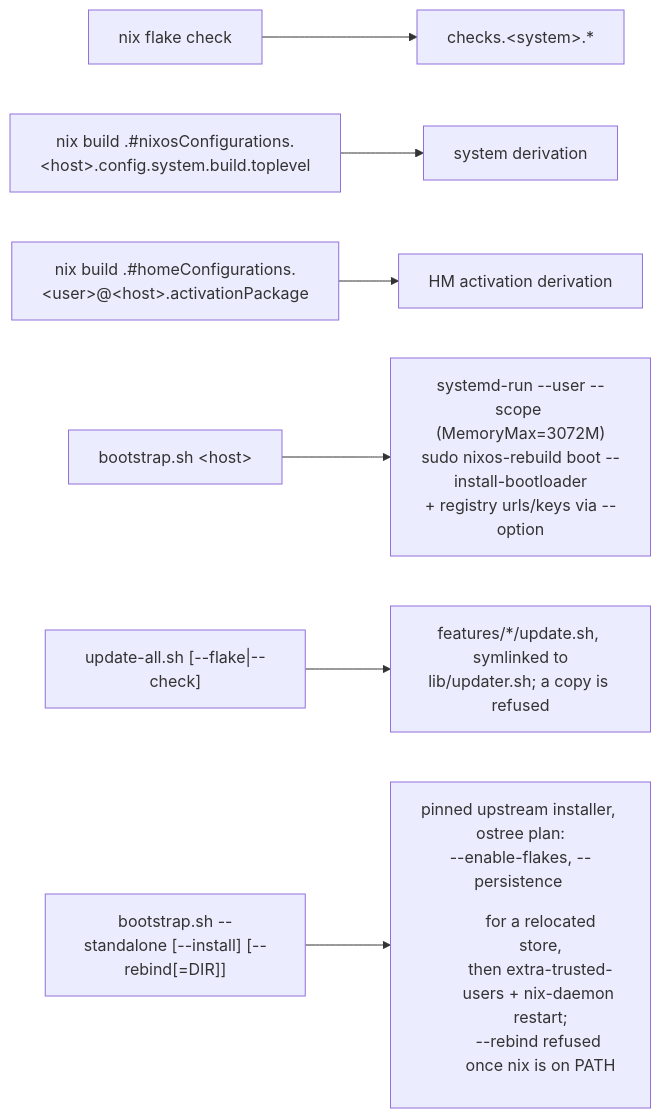
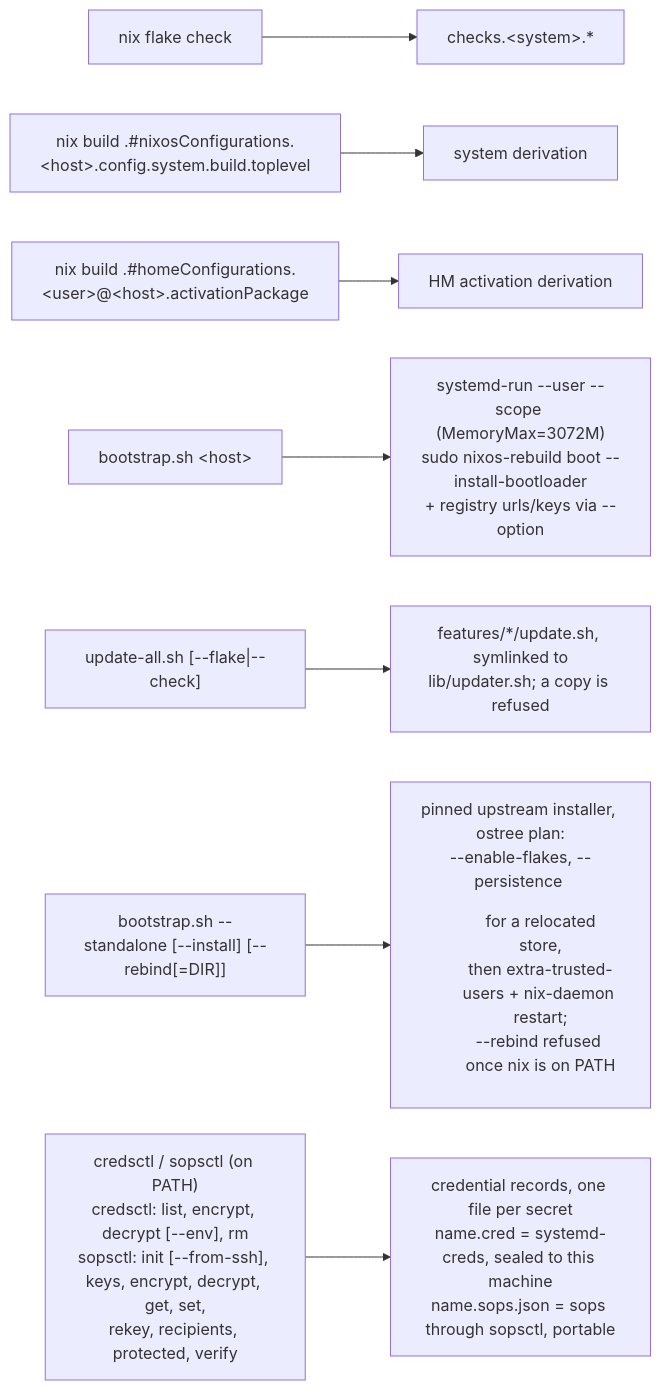
Before and after one commit to WombatFromHell/automatic-palm-tree: the seventh of 8 diagrams in DESIGN.md, drawn with Mermaid. The commit also changed other lines of this file and 9 other files, not shown here.

Commit message:
Rework sopsctl tool in 'hm-creds' to use ssh-to-age in the init workflow

````diff
--- a/DESIGN.md
+++ b/DESIGN.md
@@ -352,9 +352,10 @@
 ```mermaid
 flowchart LR
   E["nix flake check"] --> CK["checks.&lt;system&gt;.*"]
   E2["nix build .#nixosConfigurations.&lt;host&gt;.config.system.build.toplevel"] --> NC["system derivation"]
   E3["nix build .#homeConfigurations.&lt;user&gt;@&lt;host&gt;.activationPackage"] --> HC["HM activation derivation"]
   E4["bootstrap.sh &lt;host&gt;"] --> RB["systemd-run --user --scope (MemoryMax=3072M)<br/>sudo nixos-rebuild boot --install-bootloader<br/>+ registry urls/keys via --option"]
   E5["update-all.sh [--flake|--check]"] --> UP["features/*/update.sh, symlinked to<br/>lib/updater.sh; a copy is refused"]
   E6["bootstrap.sh --standalone [--install] [--rebind[=DIR]]"] --> IN["pinned upstream installer, ostree plan:<br/>--enable-flakes, --persistence <dir> for a relocated store,<br/>then extra-trusted-users + nix-daemon restart;<br/>--rebind refused once nix is on PATH"]
+  E7["credsctl / sopsctl (on PATH)<br/>credsctl: list, encrypt, decrypt [--env], rm<br/>sopsctl: init [--from-ssh], keys, encrypt, decrypt, get, set,<br/>rekey, recipients, protected, verify"] --> CR["credential records, one file per secret<br/>name.cred = systemd-creds, sealed to this machine<br/>name.sops.json = sops through sopsctl, portable"]
 ```
````
